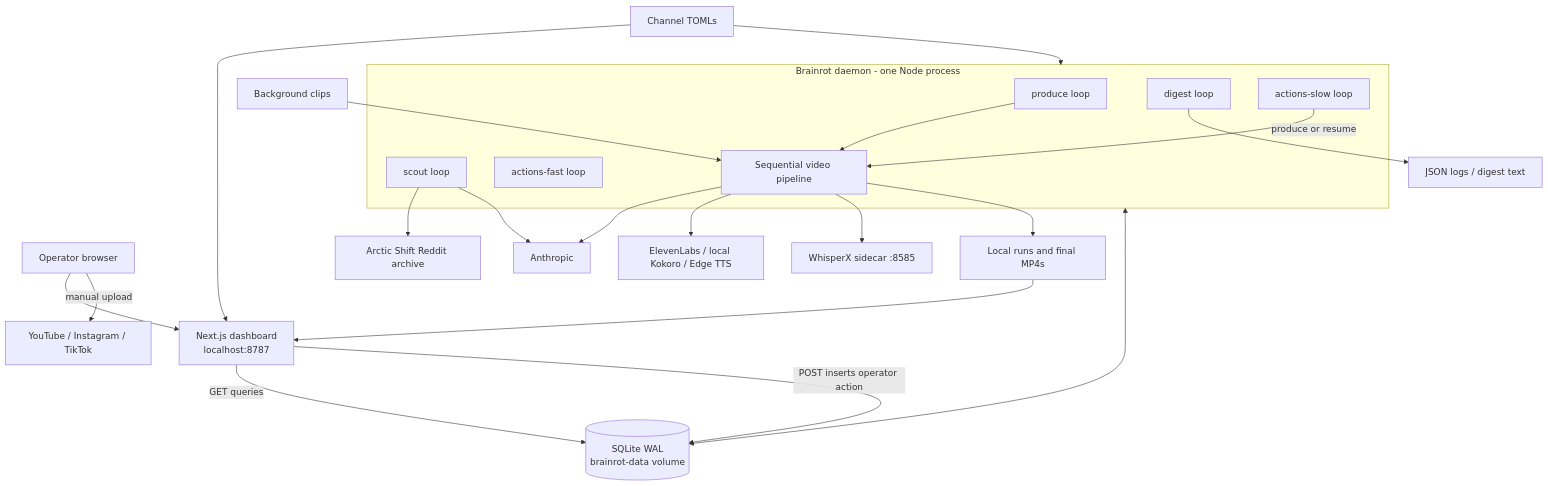
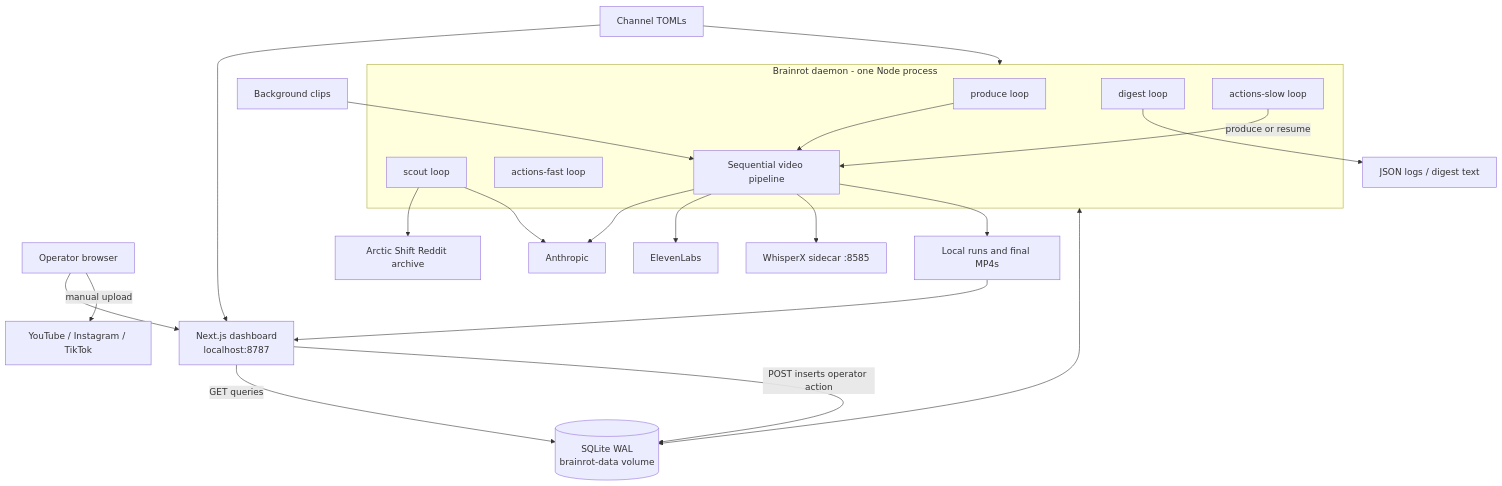
The first of 7 diagrams in docs/system-architecture.md (AlexMorrow239/contentd-system), drawn with Mermaid before and after one commit. The commit also changed other lines of this file and 31 other files, not shown here.

Commit message:
fix: require ElevenLabs and remove voice fallbacks

````diff
--- a/docs/system-architecture.md
+++ b/docs/system-architecture.md
@@ -9,29 +9,29 @@
 ```mermaid
 flowchart TB
   User[Operator browser] --> Dashboard[Next.js dashboard\nlocalhost:8787]
   Dashboard -->|GET queries| DB[(SQLite WAL\nbrainrot-data volume)]
   Dashboard -->|POST inserts operator action| DB
   subgraph Daemon[Brainrot daemon - one Node process]
     Produce[produce loop]
     Scout[scout loop]
     Digest[digest loop]
     Fast[actions-fast loop]
     Slow[actions-slow loop]
     Pipeline[Sequential video pipeline]
     Produce --> Pipeline
     Slow -->|produce or resume| Pipeline
   end
   Daemon <--> DB
   Config[Channel TOMLs] --> Daemon
   Config --> Dashboard
   Scout --> Arctic[Arctic Shift Reddit archive]
   Scout --> Anthropic[Anthropic]
   Pipeline --> Anthropic
-  Pipeline --> Voice[ElevenLabs / local Kokoro / Edge TTS]
+  Pipeline --> Voice[ElevenLabs]
   Pipeline --> Whisper[WhisperX sidecar :8585]
   Assets[Background clips] --> Pipeline
   Pipeline --> Runs[Local runs and final MP4s]
   Runs --> Dashboard
   Digest --> Logs[JSON logs / digest text]
   User -->|manual upload| Platforms[YouTube / Instagram / TikTok]
 ```
````
